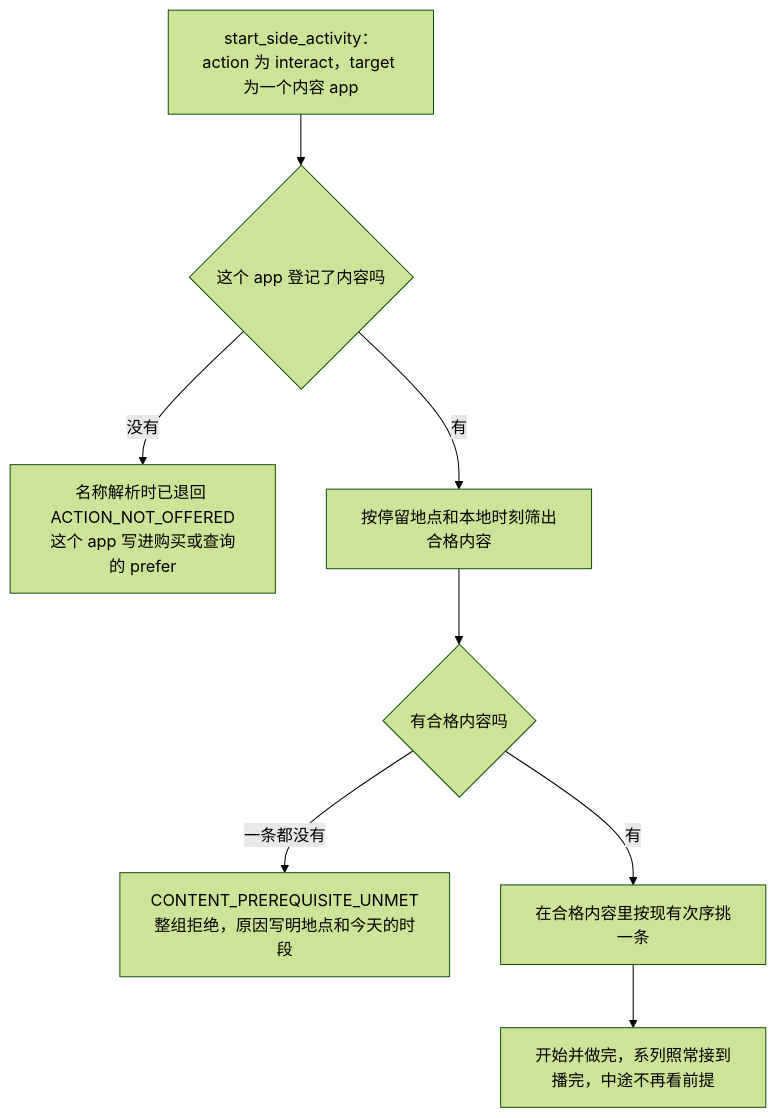
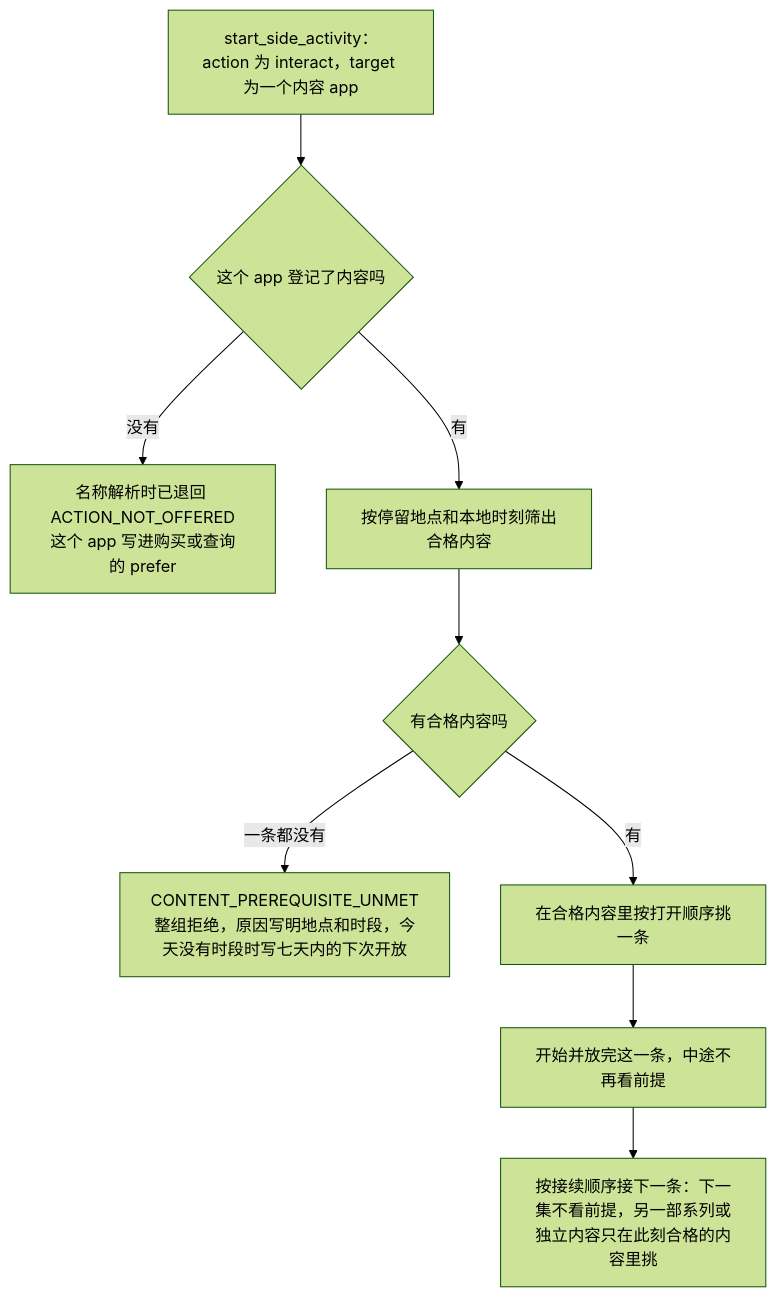
One commit to HoldThatThgt/WorldMock changed the third of 4 diagrams in docs/design/04-simulation-engine.md. Above: the diagram before and after it, drawn with Mermaid (forest theme). The commit also changed other lines of this file and 20 other files, not shown here.

````diff
--- a/docs/design/04-simulation-engine.md
+++ b/docs/design/04-simulation-engine.md
@@ -306,10 +314,11 @@
 ```mermaid
 flowchart TD
     A["start_side_activity：action 为 interact，target 为一个内容 app"] --> B{"这个 app 登记了内容吗"}
     B -->|没有| Refuse["名称解析时已退回 ACTION_NOT_OFFERED<br/>这个 app 写进购买或查询的 prefer"]
     B -->|有| C["按停留地点和本地时刻筛出合格内容"]
     C --> D{"有合格内容吗"}
-    D -->|一条都没有| X["CONTENT_PREREQUISITE_UNMET<br/>整组拒绝，原因写明地点和今天的时段"]
-    D -->|有| E["在合格内容里按现有次序挑一条"]
-    E --> F["开始并做完，系列照常接到播完，中途不再看前提"]
+    D -->|一条都没有| X["CONTENT_PREREQUISITE_UNMET<br/>整组拒绝，原因写明地点和时段，今天没有时段时写七天内的下次开放"]
+    D -->|有| E["在合格内容里按打开顺序挑一条"]
+    E --> F["开始并放完这一条，中途不再看前提"]
+    F --> G["按接续顺序接下一条：下一集不看前提，另一部系列或独立内容只在此刻合格的内容里挑"]
 ```
````
